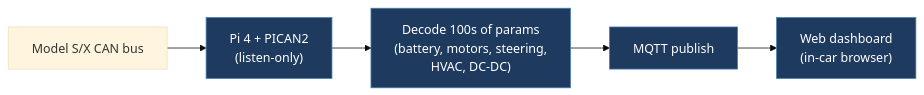
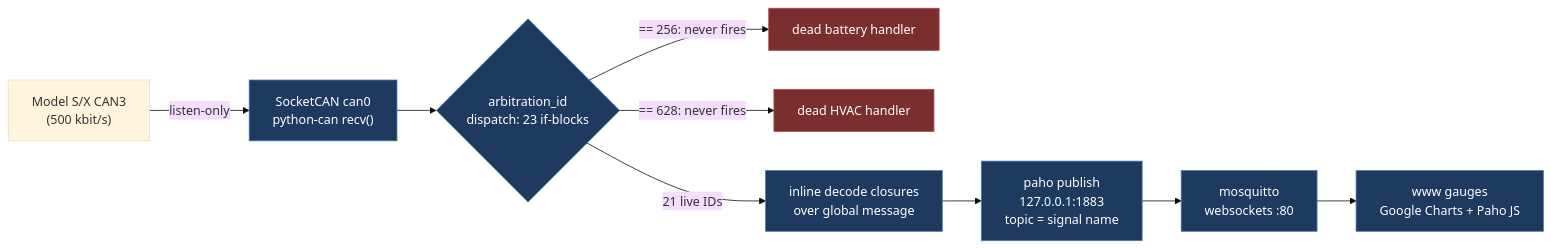
The first of 2 diagrams in docs/legacy/automotive-stuff-Tesla_canbus.md (babico/TeslaCANModder), drawn with Mermaid (base theme) before and after one commit. The commit also changed other lines of this file and 99 other files, not shown here.

````diff
--- a/docs/legacy/automotive-stuff-Tesla_canbus.md
+++ b/docs/legacy/automotive-stuff-Tesla_canbus.md
@@ -26,9 +89,15 @@
 ```mermaid
 flowchart LR
-    Car["Model S/X CAN bus"] --> Pi["Pi 4 + PICAN2<br/>(listen-only)"]
-    Pi --> Decode["Decode 100s of params<br/>(battery, motors, steering,<br/>HVAC, DC-DC)"]
-    Decode --> MQTT["MQTT publish"]
-    MQTT --> Dash["Web dashboard<br/>(in-car browser)"]
+    Car["Model S/X CAN3<br/>(500 kbit/s)"] -->|"listen-only"| Sock["SocketCAN can0<br/>python-can recv()"]
+    Sock --> Disp{"arbitration_id<br/>dispatch: 23 if-blocks"}
+    Disp -->|"== 256: never fires"| Dead1["dead battery handler"]
+    Disp -->|"== 628: never fires"| Dead2["dead HVAC handler"]
+    Disp -->|"21 live IDs"| Decode["inline decode closures<br/>over global message"]
+    Decode --> MQTT["paho publish<br/>127.0.0.1:1883<br/>topic = signal name"]
+    MQTT --> WS["mosquitto<br/>websockets :80"]
+    WS --> Dash["www gauges<br/>Google Charts + Paho JS"]
+    classDef dead fill:#7a2e2e,stroke:#b54848,color:#fff
     classDef path fill:#1e3a5f,stroke:#4a7fb5,color:#fff
-    class Pi,Decode,MQTT,Dash path
+    class Dead1,Dead2 dead
+    class Sock,Disp,Decode,MQTT,WS,Dash path
 ```
````
